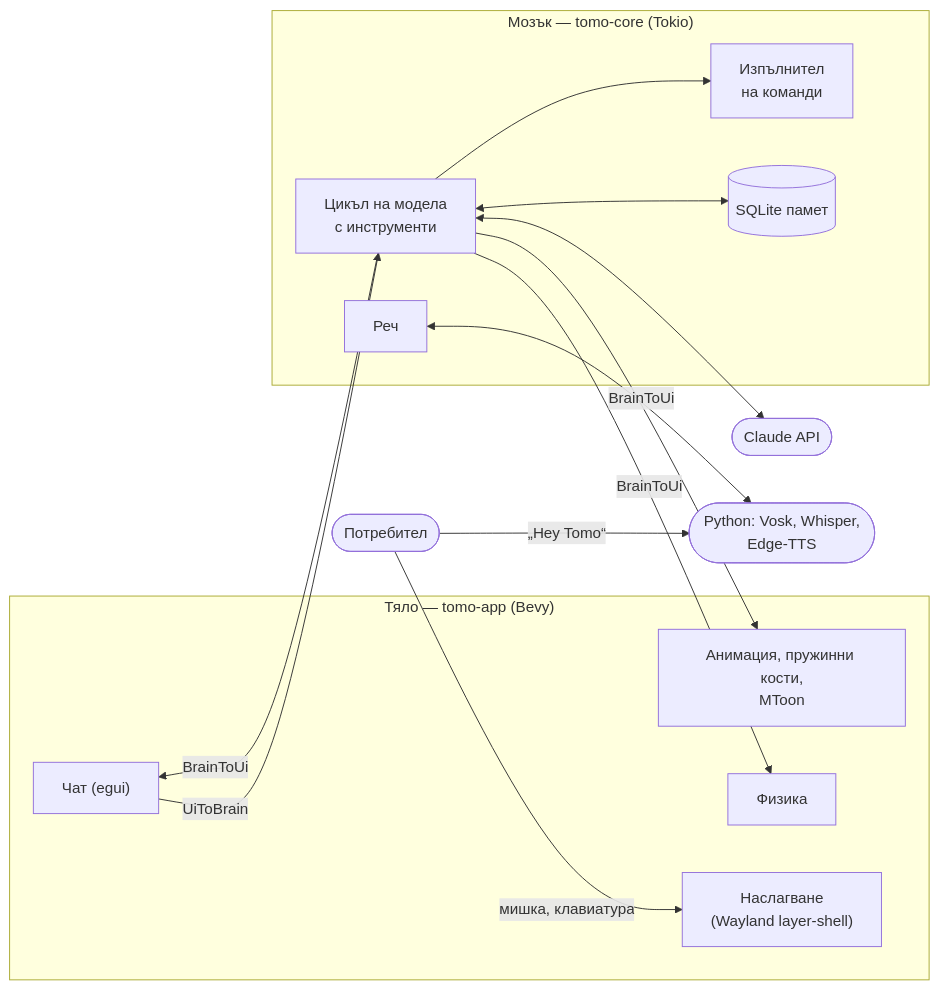
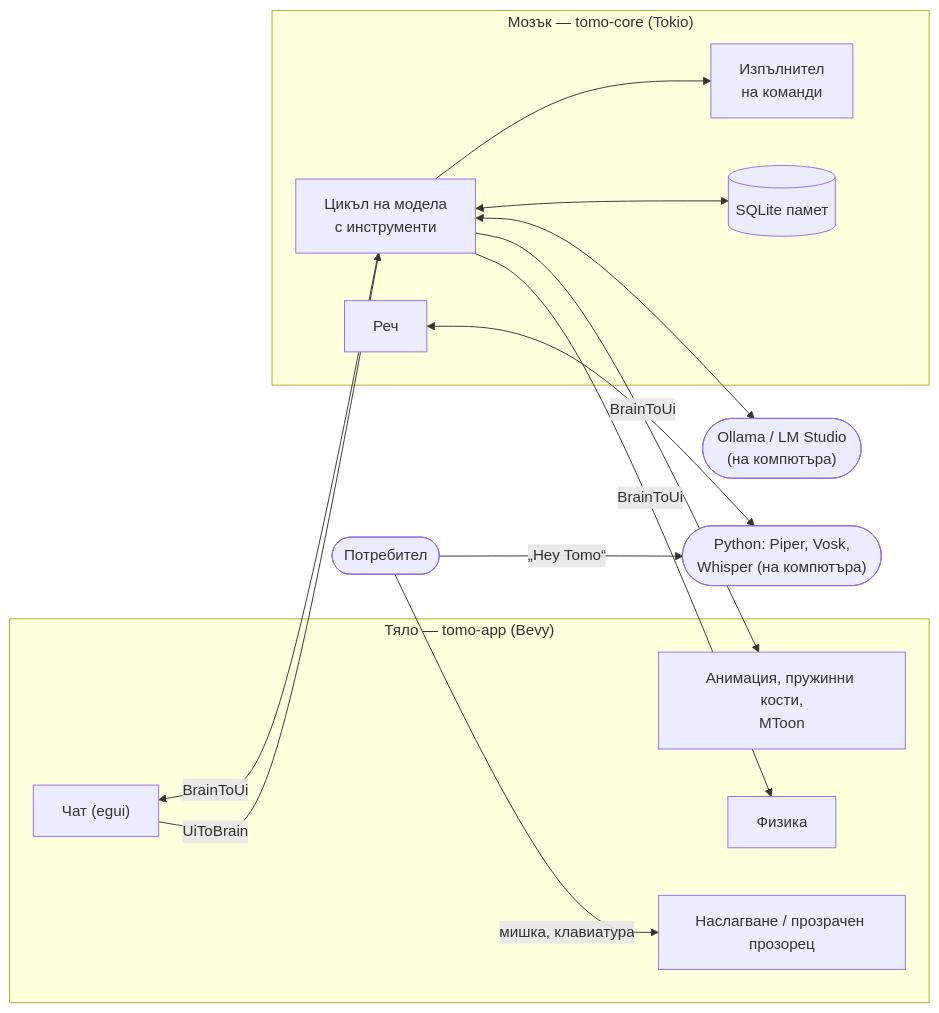
One commit to NodeVortexGit/Tomo changed the first of 2 diagrams in docs/bg/README.md. Above: the diagram before and after it, drawn with Mermaid. The commit also changed other lines of this file and 5 other files, not shown here.

````diff
--- a/docs/bg/README.md
+++ b/docs/bg/README.md
@@ -176,29 +195,29 @@
 ```mermaid
 flowchart LR
     user(["Потребител"])
     subgraph body["Тяло — tomo-app (Bevy)"]
-        overlay["Наслагване<br/>(Wayland layer-shell)"]
+        overlay["Наслагване / прозрачен прозорец"]
         physics["Физика"]
         anim["Анимация, пружинни кости,<br/>MToon"]
         chat["Чат (egui)"]
     end
     subgraph brain["Мозък — tomo-core (Tokio)"]
         ai["Цикъл на модела<br/>с инструменти"]
         db[("SQLite памет")]
         exec["Изпълнител<br/>на команди"]
         speech["Реч"]
     end
-    claude(["Claude API"])
-    py(["Python: Vosk, Whisper,<br/>Edge-TTS"])
+    llm(["Ollama / LM Studio<br/>(на компютъра)"])
+    py(["Python: Piper, Vosk,<br/>Whisper (на компютъра)"])
 
     user -- "мишка, клавиатура" --> overlay
     chat -- "UiToBrain" --> ai
     ai -- "BrainToUi" --> physics
     ai -- "BrainToUi" --> anim
     ai -- "BrainToUi" --> chat
-    ai <--> claude
+    ai <--> llm
     ai <--> db
     ai --> exec
     speech <--> py
     user -- "„Hey Tomo“" --> py
 ```
````
